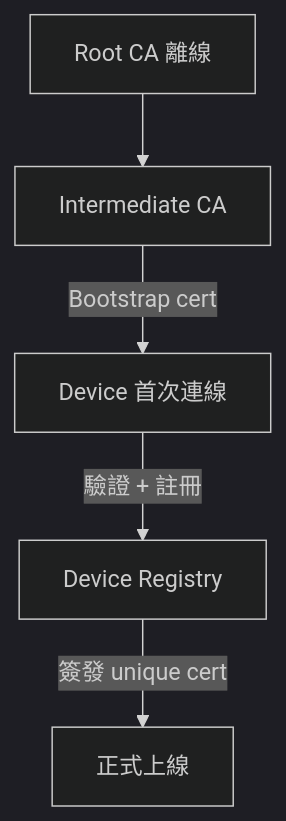
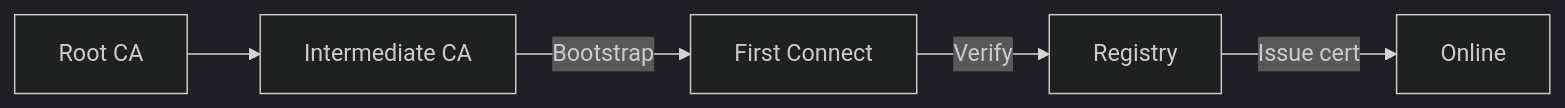
Before and after one commit to osisdie/osisdie.github.io: the diagram in _posts/2026/2026-03-30-iot-1m-device-architecture-part2.md, drawn with Mermaid (dark theme). The commit also changed 2 other files, not shown here.

Commit message:
fix: mermaid viewBox clipping — CJK labels to English, TD to LR
- Part 2 Provisioning: CJK node labels→English, flowchart TD→LR
- Part 1: fix MD060 table separator spacing
- blog-mermaid-reviewer: add viewBox overflow check (rule 8)

````diff
--- a/_posts/2026/2026-03-30-iot-1m-device-architecture-part2.md
+++ b/_posts/2026/2026-03-30-iot-1m-device-architecture-part2.md
@@ -54,7 +54,7 @@
 ```mermaid
-flowchart TD
-    R[Root CA 離線] --> F[Intermediate CA]
-    F -->|Bootstrap cert| D[Device 首次連線]
-    D -->|驗證 + 註冊| REG[Device Registry]
-    REG -->|簽發 unique cert| D2[正式上線]
+flowchart LR
+    R[Root CA] --> F[Intermediate CA]
+    F -->|Bootstrap| D[First Connect]
+    D -->|Verify| REG[Registry]
+    REG -->|Issue cert| D2[Online]
 ```
````
